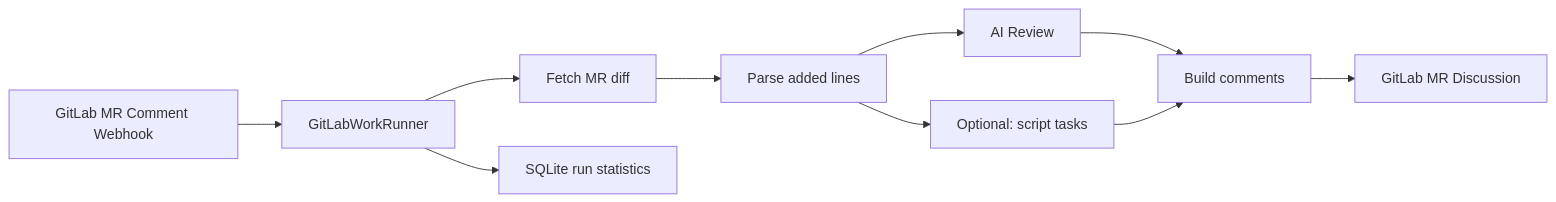
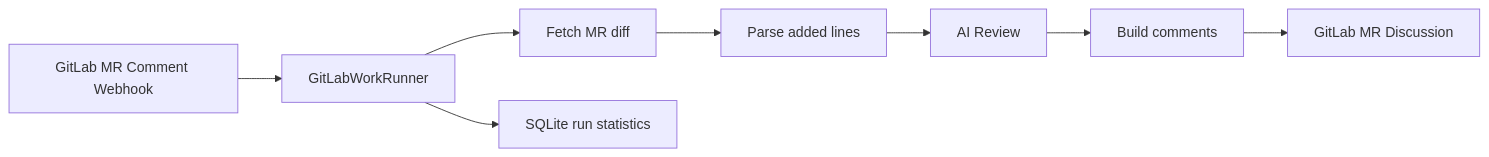
The first of 2 diagrams in README.en.md (SwartzMss/GitLabWorkRunner), drawn with Mermaid before and after one commit. The commit also changed other lines of this file and 5 other files, not shown here.

````diff
--- a/README.en.md
+++ b/README.en.md
@@ -11,12 +11,10 @@
 ```mermaid
 flowchart LR
     A["GitLab MR Comment Webhook"] --> B["GitLabWorkRunner"]
     B --> C["Fetch MR diff"]
     C --> D["Parse added lines"]
     D --> F["AI Review"]
-    D --> E["Optional: script tasks"]
     F --> H["Build comments"]
-    E --> H
     H --> I["GitLab MR Discussion"]
     B --> J["SQLite run statistics"]
 ```
````
